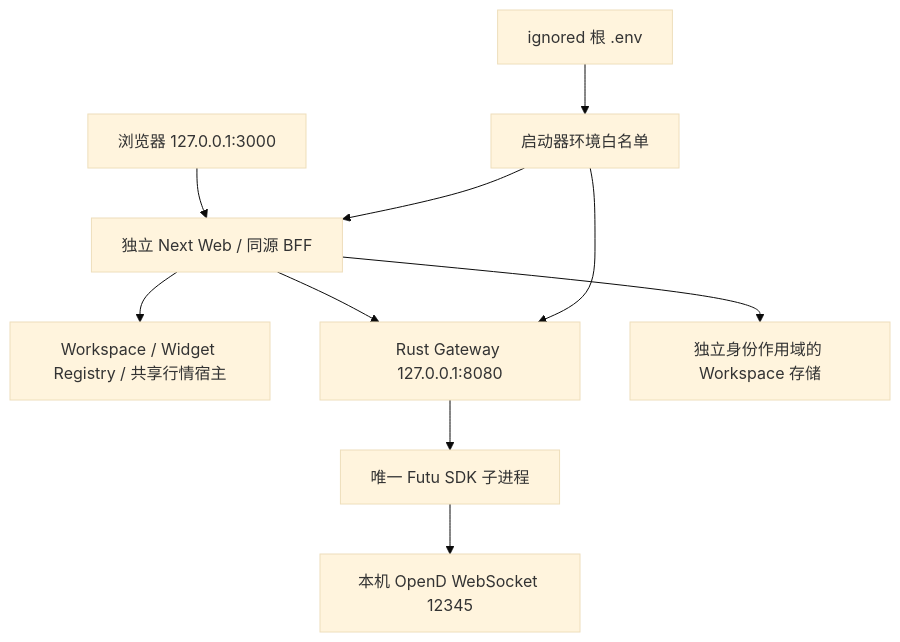
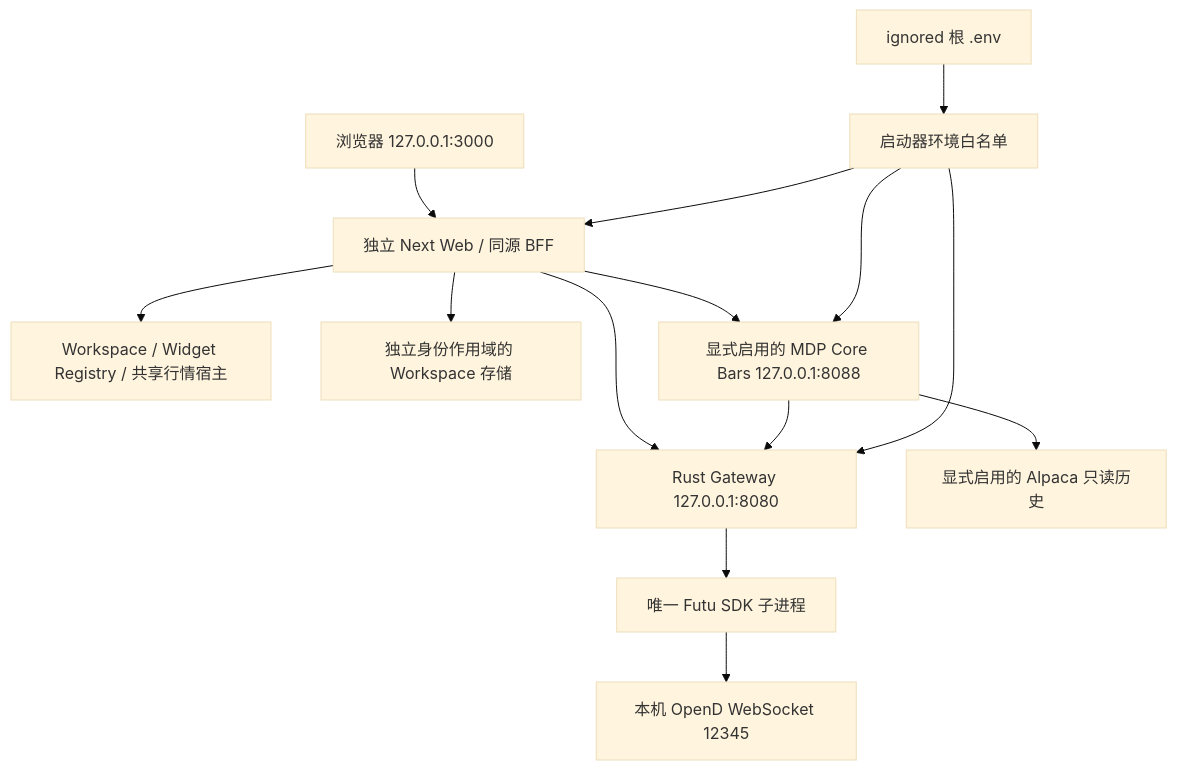
Before and after one commit to lqepoch/EqoBoard: the diagram in docs/migration/LOCAL_RUNTIME_REVIEW.md, drawn with Mermaid (base theme). The commit also changed other lines of this file and 13 other files, not shown here.

````diff
--- a/docs/migration/LOCAL_RUNTIME_REVIEW.md
+++ b/docs/migration/LOCAL_RUNTIME_REVIEW.md
@@ -21,12 +21,16 @@
 ```mermaid
 flowchart TD
   A[浏览器 127.0.0.1:3000] --> B[独立 Next Web / 同源 BFF]
   B --> C[Workspace / Widget Registry / 共享行情宿主]
   B --> D[Rust Gateway 127.0.0.1:8080]
   D --> E[唯一 Futu SDK 子进程]
   E --> F[本机 OpenD WebSocket 12345]
   B --> G[独立身份作用域的 Workspace 存储]
+  B --> J[显式启用的 MDP Core Bars 127.0.0.1:8088]
+  J --> D
+  J --> K[显式启用的 Alpaca 只读历史]
   H[ignored 根 .env] --> I[启动器环境白名单]
   I --> B
   I --> D
+  I --> J
 ```
````
